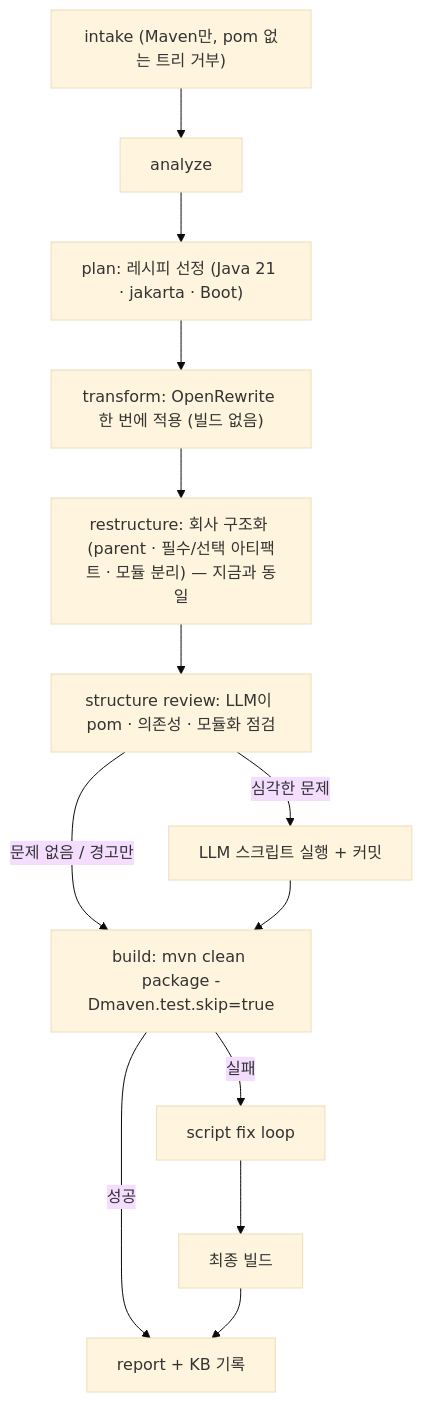
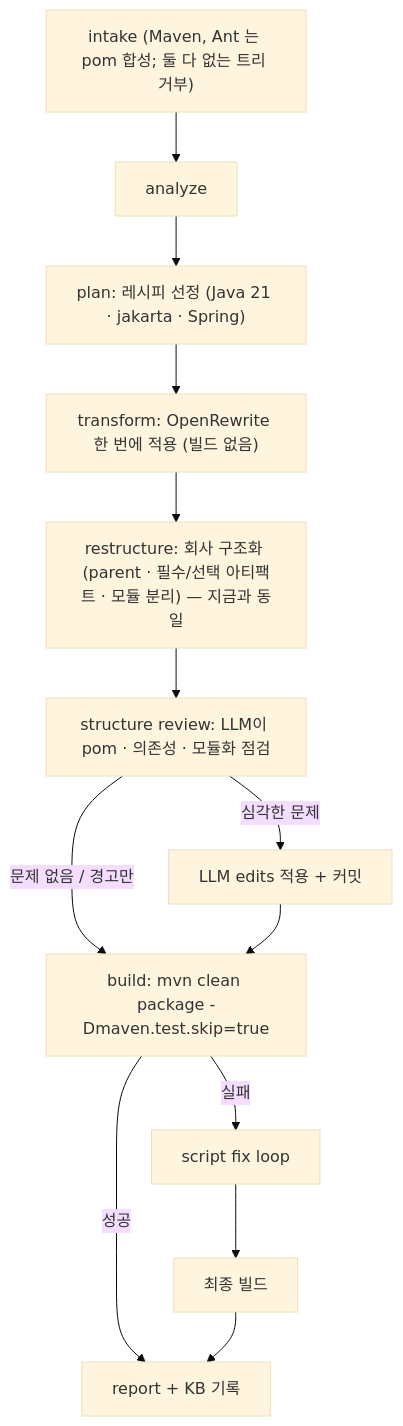
One commit to acandiatale/tutu changed the first of 2 diagrams in docs/v2/PLAN-v2.md. Above: the diagram before and after it, drawn with Mermaid (base theme). The commit also changed other lines of this file and 126 other files, not shown here.

First line of the commit message:
docs: only the deployed flow-v2 system is documented; v1-era material removed; progress checklist (user, 2026-11-11)

````diff
--- a/docs/v2/PLAN-v2.md
+++ b/docs/v2/PLAN-v2.md
@@ -30,15 +31,15 @@
 ```mermaid
 flowchart TD
-  IN["intake (Maven만, pom 없는 트리 거부)"] --> AN["analyze"]
-  AN --> PL["plan: 레시피 선정 (Java 21 · jakarta · Boot)"]
+  IN["intake (Maven, Ant 는 pom 합성; 둘 다 없는 트리 거부)"] --> AN["analyze"]
+  AN --> PL["plan: 레시피 선정 (Java 21 · jakarta · Spring)"]
   PL --> RW["transform: OpenRewrite 한 번에 적용 (빌드 없음)"]
   RW --> RS["restructure: 회사 구조화 (parent · 필수/선택 아티팩트 · 모듈 분리) — 지금과 동일"]
   RS --> RV["structure review: LLM이 pom · 의존성 · 모듈화 점검"]
-  RV -->|"심각한 문제"| RVS["LLM 스크립트 실행 + 커밋"]
+  RV -->|"심각한 문제"| RVS["LLM edits 적용 + 커밋"]
   RV -->|"문제 없음 / 경고만"| B1
   RVS --> B1["build: mvn clean package -Dmaven.test.skip=true"]
   B1 -->|"성공"| REP["report + KB 기록"]
   B1 -->|"실패"| LOOP["script fix loop"]
   LOOP --> BF["최종 빌드"]
   BF --> REP
 ```
````
